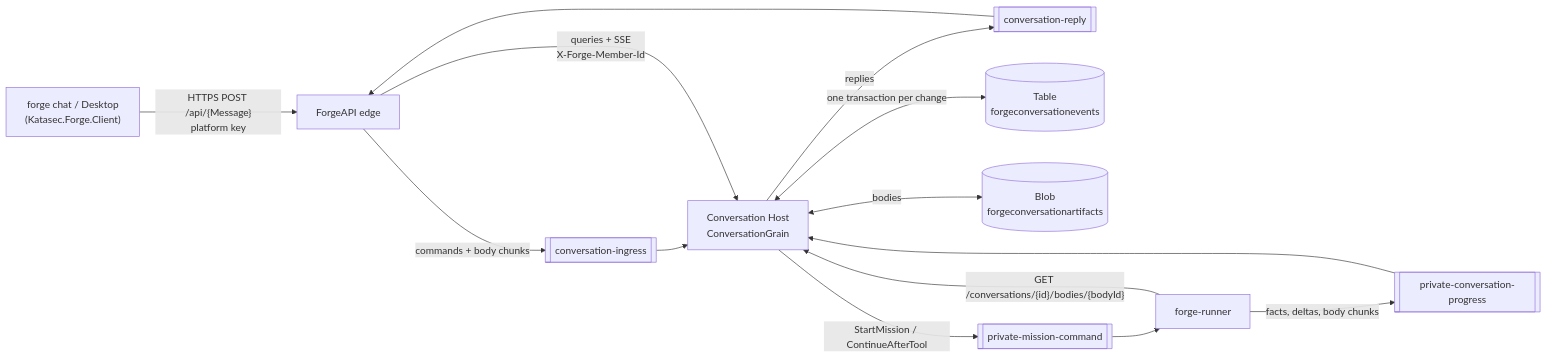
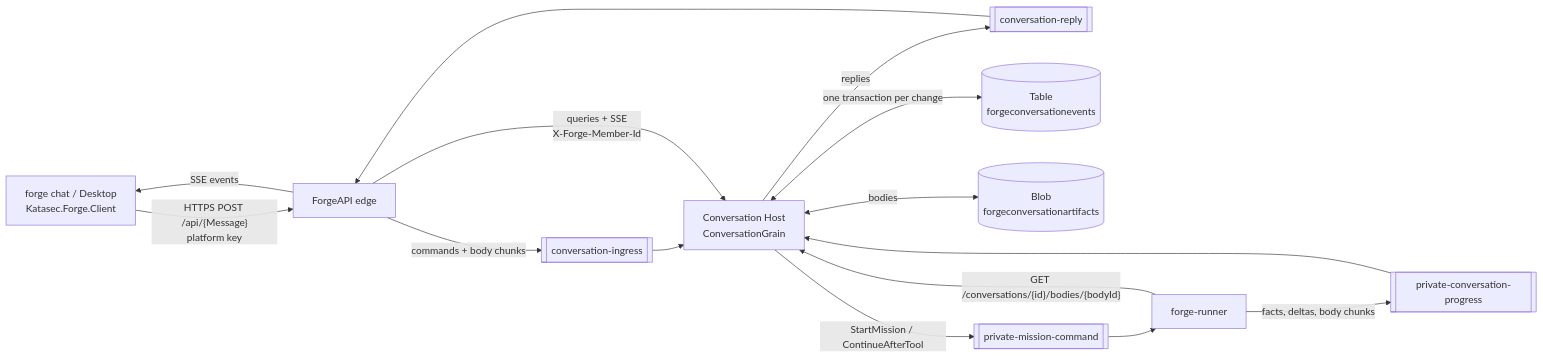
One commit to katasec/mission-control-language changed the first of 23 diagrams in docs/design/how-conversations-work.md. Above: the diagram before and after it, drawn with Mermaid. The commit also changed other lines of this file and 2 other files, not shown here.

````diff
--- a/docs/design/how-conversations-work.md
+++ b/docs/design/how-conversations-work.md
@@ -15,16 +16,17 @@
 ```mermaid
 flowchart LR
-  CLI["forge chat / Desktop<br/>(Katasec.Forge.Client)"] -->|"HTTPS POST /api/{Message}<br/>platform key"| API["ForgeAPI edge"]
+  CLI["forge chat / Desktop<br/>Katasec.Forge.Client"] -->|"HTTPS POST /api/{Message}<br/>platform key"| API["ForgeAPI edge"]
+  API -->|"SSE events"| CLI
   API -->|"commands + body chunks"| ING[["conversation-ingress"]]
   ING --> HOST["Conversation Host<br/>ConversationGrain"]
   HOST -->|"replies"| REP[["conversation-reply"]]
   REP --> API
   API -->|"queries + SSE<br/>X-Forge-Member-Id"| HOST
   HOST <-->|"one transaction per change"| TBL[("Table<br/>forgeconversationevents")]
   HOST <-->|"bodies"| BLOB[("Blob<br/>forgeconversationartifacts")]
   HOST -->|"StartMission / ContinueAfterTool"| CMD[["private-mission-command"]]
   CMD --> RUN["forge-runner"]
   RUN -->|"facts, deltas, body chunks"| PRG[["private-conversation-progress"]]
   PRG --> HOST
   RUN -->|"GET /conversations/{id}/bodies/{bodyId}"| HOST
 ```
````
